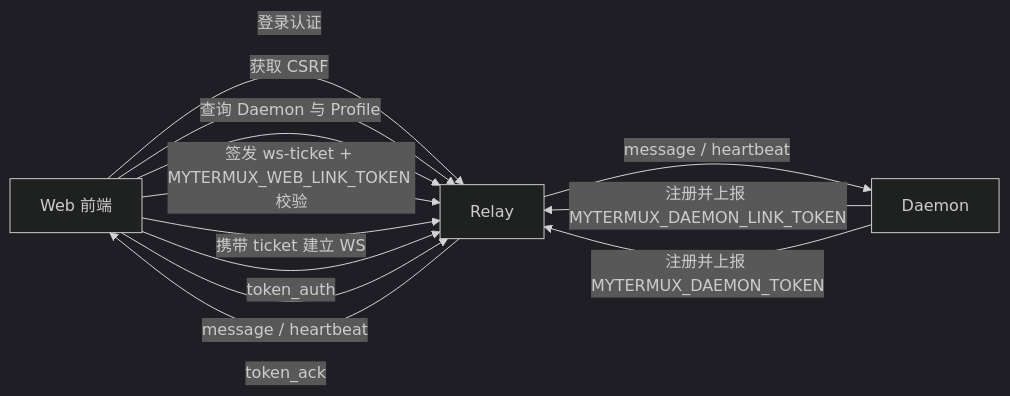
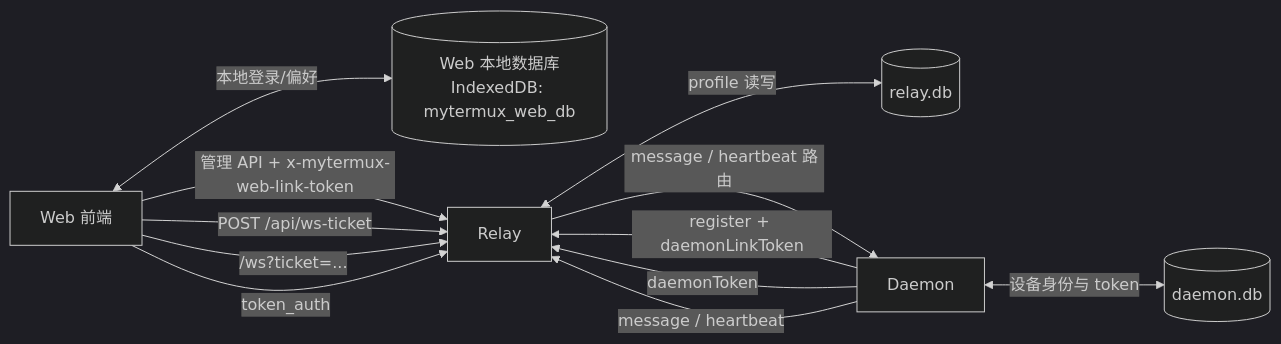
Before and after one commit to ShakaRover/MyTermux: the first of 3 diagrams in docs/SERVICE_PROTOCOL_FLOW.md, drawn with Mermaid (dark theme). The commit also changed other lines of this file and 25 other files, not shown here.

````diff
--- a/docs/SERVICE_PROTOCOL_FLOW.md
+++ b/docs/SERVICE_PROTOCOL_FLOW.md
@@ -10,20 +9,22 @@
 ```mermaid
 flowchart LR
-  A[Web 前端]
-  B[Relay]
+  W[Web 前端]
+  WB[(Web 本地数据库<br/>IndexedDB: mytermux_web_db)]
+  R[Relay]
+  RB[(relay.db)]
   D[Daemon]
+  DB[(daemon.db)]
 
-  A -->|登录认证| B
-  A -->|获取 CSRF| B
-  A -->|查询 Daemon 与 Profile| B
-  A -->|签发 ws-ticket + MYTERMUX_WEB_LINK_TOKEN 校验| B
+  W <-->|本地登录/偏好| WB
+  W -->|管理 API + x-mytermux-web-link-token| R
+  R <-->|profile 读写| RB
+  D -->|register + daemonLinkToken| R
+  D -->|daemonToken| R
+  D <-->|设备身份与 token| DB
 
-  A -->|携带 ticket 建立 WS| B
-  D -->|注册并上报 MYTERMUX_DAEMON_LINK_TOKEN| B
-  D -->|注册并上报 MYTERMUX_DAEMON_TOKEN| B
-
-  A -->|token_auth| B
-  B -->|token_ack| A
-  A -->|message / heartbeat| B
-  B -->|message / heartbeat| D
+  W -->|POST /api/ws-ticket| R
+  W -->|/ws?ticket=...| R
+  W -->|token_auth| R
+  R -->|message / heartbeat 路由| D
+  D -->|message / heartbeat| R
 ```
````
